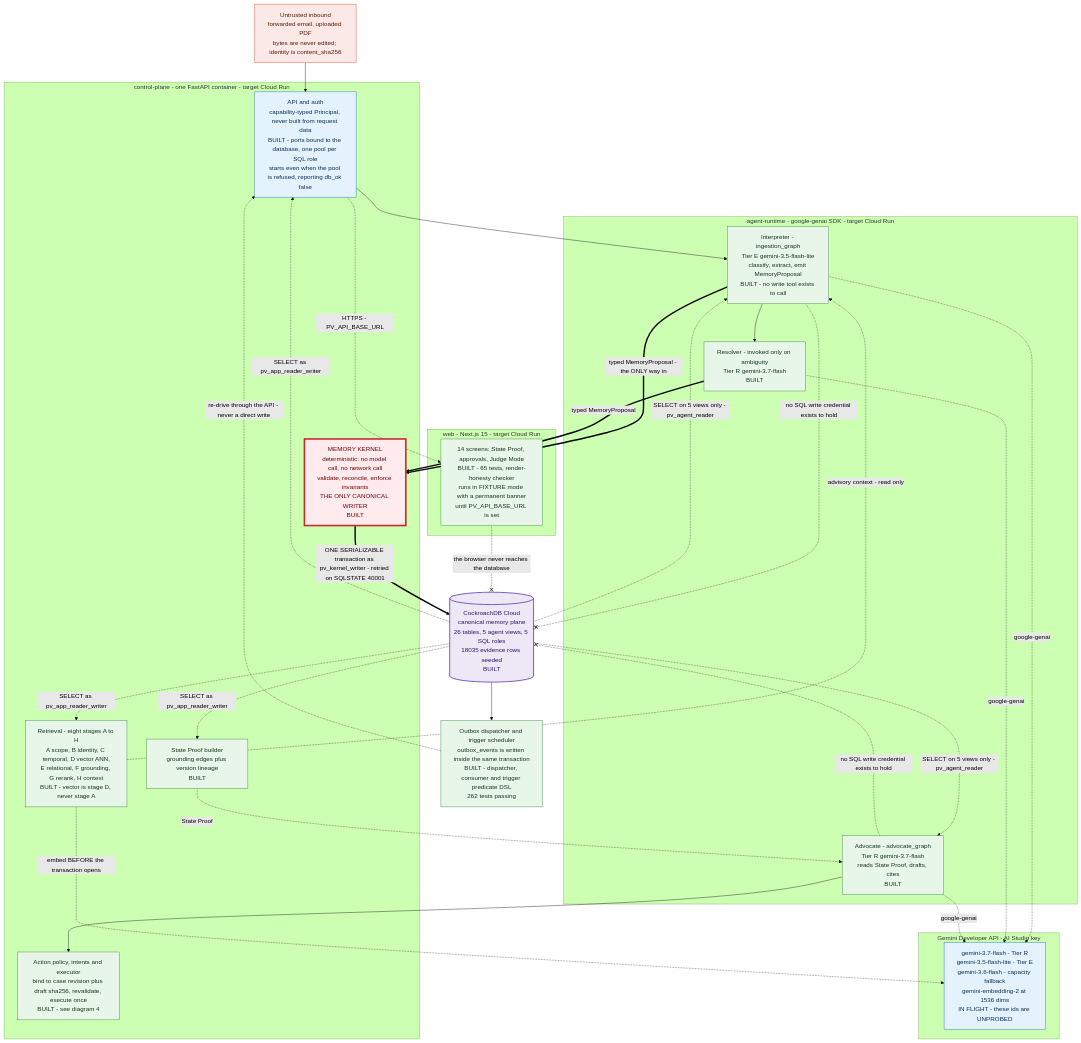
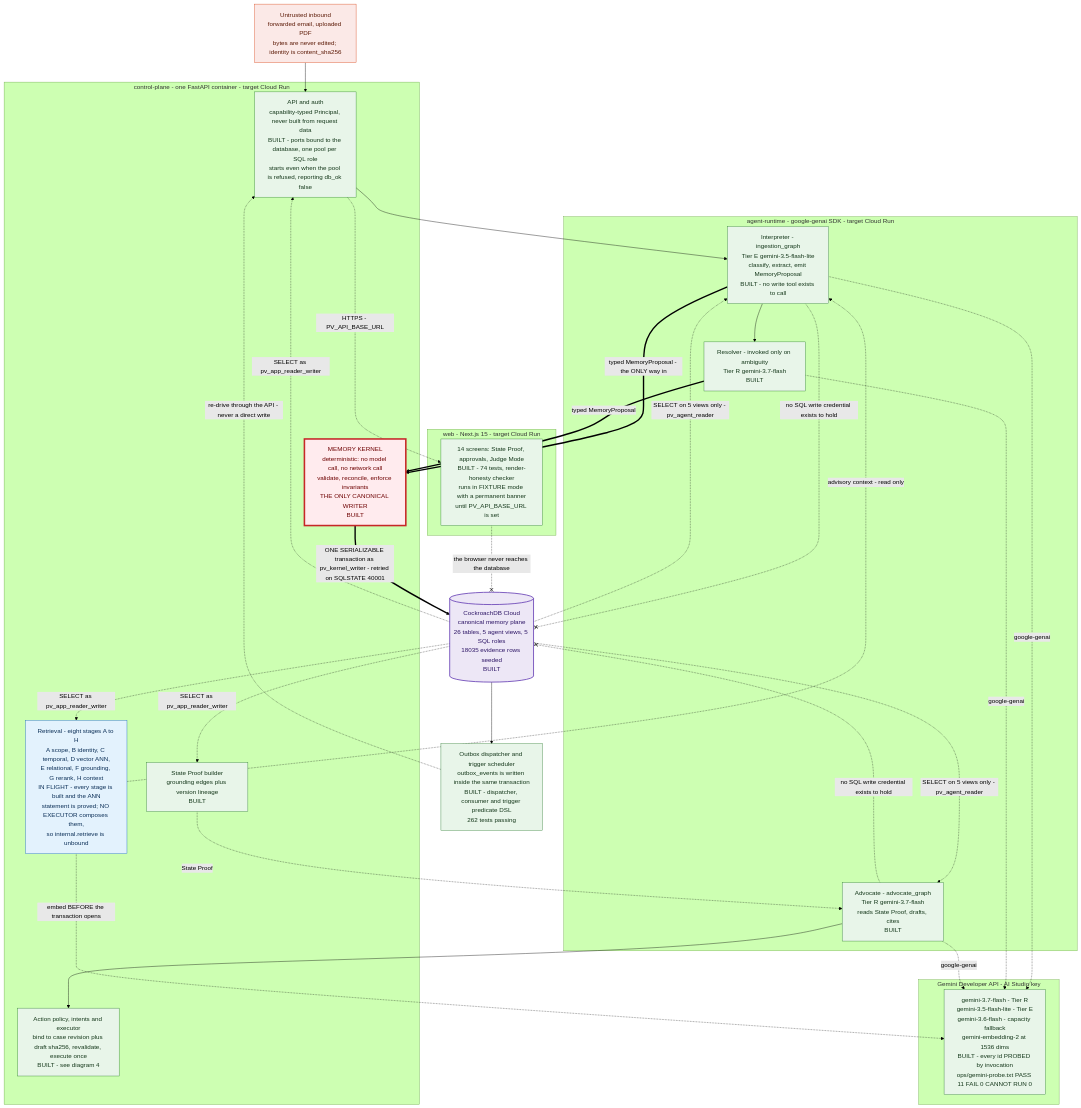
The first of 5 diagrams in docs/diagrams/architecture.md (Rayyan9477/Provenance), drawn with Mermaid (forest theme) before and after one commit. The commit also changed other lines of this file and 104 other files, not shown here.

````diff
--- a/docs/diagrams/architecture.md
+++ b/docs/diagrams/architecture.md
@@ -41,75 +38,75 @@
 ```mermaid
 flowchart TB
 
   classDef built     fill:#e8f5e9,stroke:#2e7d32,color:#14371a
   classDef inflight  fill:#e3f2fd,stroke:#1565c0,color:#0b2f57
   classDef planned   fill:#fff8e1,stroke:#f9a825,color:#5c4400,stroke-dasharray: 6 4
   classDef kernel    fill:#ffebee,stroke:#c62828,stroke-width:4px,color:#6d0000
   classDef store     fill:#ede7f6,stroke:#5e35b1,stroke-width:2px,color:#2c1465
   classDef untrusted fill:#fbe9e7,stroke:#d84315,color:#5c1a06
 
   IN["Untrusted inbound<br/>forwarded email, uploaded PDF<br/>bytes are never edited; identity is content_sha256"]
 
   subgraph WEB["web - Next.js 15 - target Cloud Run"]
-    UI["14 screens: State Proof, approvals, Judge Mode<br/>BUILT - 65 tests, render-honesty checker<br/>runs in FIXTURE mode with a permanent banner<br/>until PV_API_BASE_URL is set"]
+    UI["14 screens: State Proof, approvals, Judge Mode<br/>BUILT - 74 tests, render-honesty checker<br/>runs in FIXTURE mode with a permanent banner<br/>until PV_API_BASE_URL is set"]
   end
 
   subgraph AGENTS["agent-runtime - google-genai SDK - target Cloud Run"]
     INTERP["Interpreter - ingestion_graph<br/>Tier E gemini-3.5-flash-lite<br/>classify, extract, emit MemoryProposal<br/>BUILT - no write tool exists to call"]
     RESOLVE["Resolver - invoked only on ambiguity<br/>Tier R gemini-3.7-flash<br/>BUILT"]
     ADVOCATE["Advocate - advocate_graph<br/>Tier R gemini-3.7-flash<br/>reads State Proof, drafts, cites<br/>BUILT"]
   end
 
   subgraph CP["control-plane - one FastAPI container - target Cloud Run"]
     API["API and auth<br/>capability-typed Principal, never built from request data<br/>BUILT - ports bound to the database, one pool per SQL role<br/>starts even when the pool is refused, reporting db_ok false"]
-    RETR["Retrieval - eight stages A to H<br/>A scope, B identity, C temporal, D vector ANN,<br/>E relational, F grounding, G rerank, H context<br/>BUILT - vector is stage D, never stage A"]
+    RETR["Retrieval - eight stages A to H<br/>A scope, B identity, C temporal, D vector ANN,<br/>E relational, F grounding, G rerank, H context<br/>IN FLIGHT - every stage is built and the ANN<br/>statement is proved; NO EXECUTOR composes them,<br/>so internal.retrieve is unbound"]
     KERNEL["MEMORY KERNEL<br/>deterministic: no model call, no network call<br/>validate, reconcile, enforce invariants<br/>THE ONLY CANONICAL WRITER<br/>BUILT"]
     SPROOF["State Proof builder<br/>grounding edges plus version lineage<br/>BUILT"]
     ACTION["Action policy, intents and executor<br/>bind to case revision plus draft sha256, revalidate, execute once<br/>BUILT - see diagram 4"]
   end
 
   subgraph GEM["Gemini Developer API - AI Studio key"]
-    MODELS["gemini-3.7-flash - Tier R<br/>gemini-3.5-flash-lite - Tier E<br/>gemini-3.6-flash - capacity fallback<br/>gemini-embedding-2 at 1536 dims<br/>IN FLIGHT - these ids are UNPROBED"]
+    MODELS["gemini-3.7-flash - Tier R<br/>gemini-3.5-flash-lite - Tier E<br/>gemini-3.6-flash - capacity fallback<br/>gemini-embedding-2 at 1536 dims<br/>BUILT - every id PROBED by invocation<br/>ops/gemini-probe.txt PASS 11 FAIL 0 CANNOT RUN 0"]
   end
 
   DB[("CockroachDB Cloud<br/>canonical memory plane<br/>26 tables, 5 agent views, 5 SQL roles<br/>18035 evidence rows seeded<br/>BUILT")]
 
   OUTBOX["Outbox dispatcher and trigger scheduler<br/>outbox_events is written inside the same transaction<br/>BUILT - dispatcher, consumer and trigger predicate DSL<br/>262 tests passing"]
 
   IN --> API
   API --> INTERP
   RETR -. "advisory context - read only" .-> INTERP
   INTERP --> RESOLVE
   INTERP ==> |"typed MemoryProposal - the ONLY way in"| KERNEL
   RESOLVE ==> |"typed MemoryProposal"| KERNEL
 
   INTERP -. "google-genai" .-> MODELS
   RESOLVE -. "google-genai" .-> MODELS
   ADVOCATE -. "google-genai" .-> MODELS
   RETR -. "embed BEFORE the transaction opens" .-> MODELS
 
   KERNEL ==> |"ONE SERIALIZABLE transaction as pv_kernel_writer - retried on SQLSTATE 40001"| DB
 
   DB -. "SELECT as pv_app_reader_writer" .-> RETR
   DB -. "SELECT as pv_app_reader_writer" .-> SPROOF
   DB -. "SELECT as pv_app_reader_writer" .-> API
   DB -. "SELECT on 5 views only - pv_agent_reader" .-> INTERP
   DB -. "SELECT on 5 views only - pv_agent_reader" .-> ADVOCATE
 
   SPROOF -. "State Proof" .-> ADVOCATE
   API -. "HTTPS - PV_API_BASE_URL" .-> UI
   ADVOCATE --> ACTION
   DB --> OUTBOX
   OUTBOX -. "re-drive through the API - never a direct write" .-> API
 
   INTERP -. "no SQL write credential exists to hold" .-x DB
   ADVOCATE -. "no SQL write credential exists to hold" .-x DB
   UI -. "the browser never reaches the database" .-x DB
 
-  class UI,RETR,SPROOF,INTERP,RESOLVE,ADVOCATE,ACTION built
-  class OUTBOX built
-  class API,MODELS inflight
+  class UI,SPROOF,INTERP,RESOLVE,ADVOCATE,ACTION built
+  class OUTBOX,MODELS,API built
+  class RETR inflight
   class KERNEL kernel
   class DB store
   class IN untrusted
 ```
````
